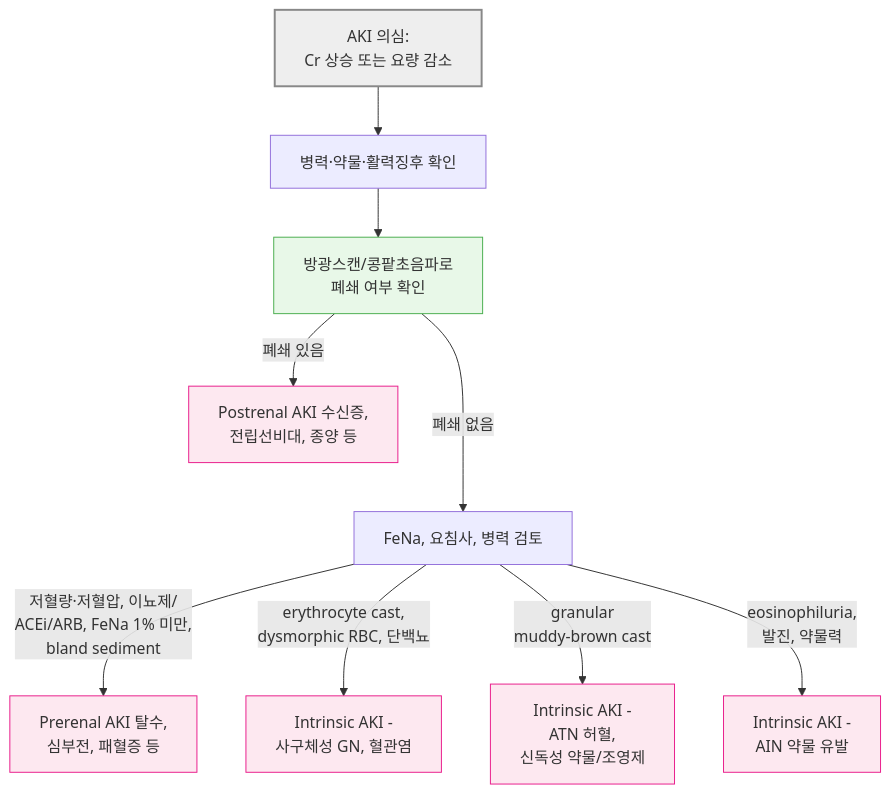
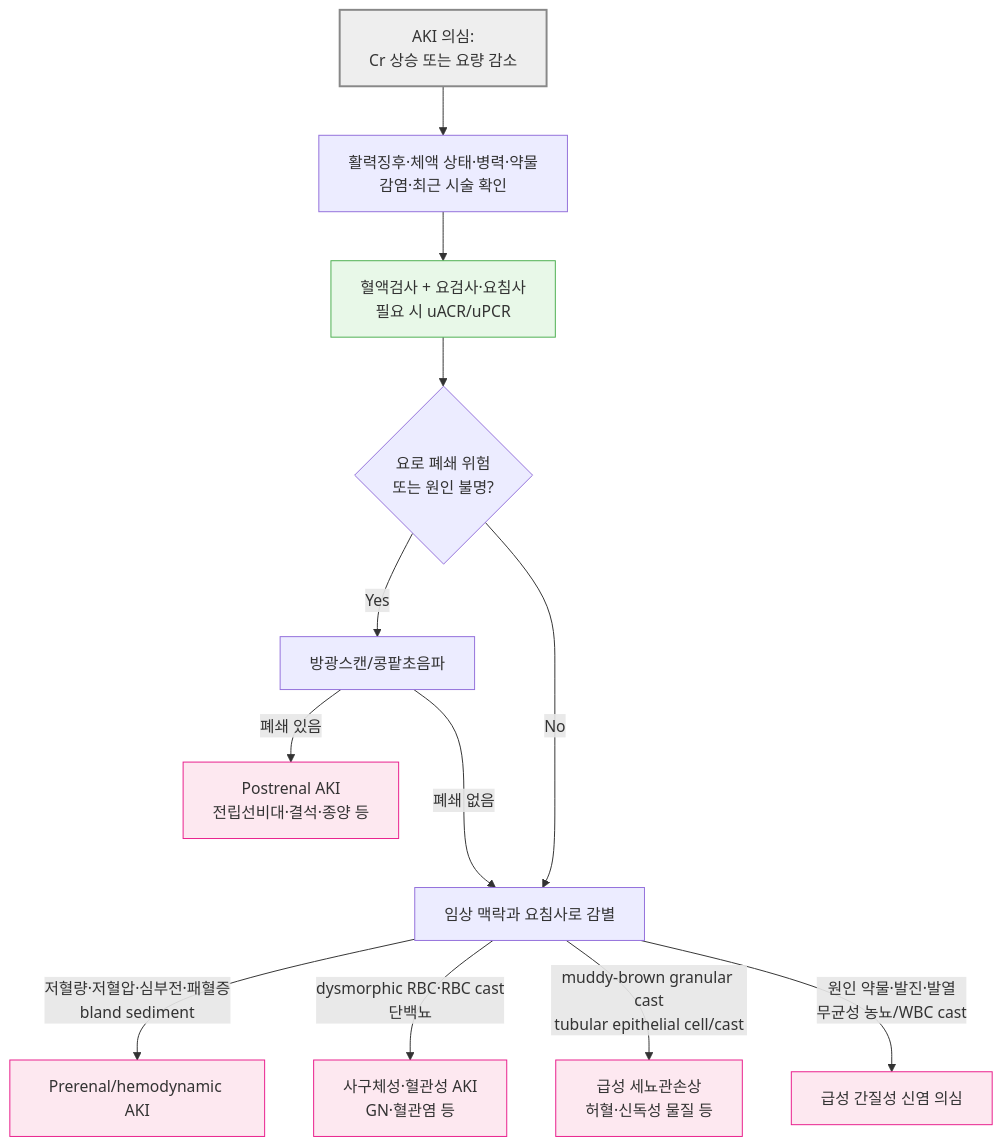
One commit to familyoh77/familyoh77 changed the diagram in 227_/109_-kidneydz.md. Above: the diagram before and after it, drawn with Mermaid. The commit also changed other lines of this file and 7 other files, not shown here.

````diff
--- a/227_/109_-kidneydz.md
+++ b/227_/109_-kidneydz.md
@@ -70,17 +77,20 @@
 ```mermaid
 graph TD
-    Start[AKI 의심: <br/>Cr 상승 또는 요량 감소] --> A[병력·약물·활력징후 확인]
-    A --> B[방광스캔/콩팥초음파로<br/> 폐쇄 여부 확인]
-    B -->|폐쇄 있음| Post[Postrenal AKI 수신증, <br/>전립선비대, 종양 등]
-    B --->|폐쇄 없음| C[FeNa, 요침사, 병력 검토]
-    C -->|저혈량·저혈압, 이뇨제/<br/>ACEi/ARB, FeNa 1% 미만, <br/>bland sediment| Pre[Prerenal AKI 탈수, <br/>심부전, 패혈증 등]
-    C -->|erythrocyte cast, <br/>dysmorphic RBC, 단백뇨| Int1[Intrinsic AKI - <br/>사구체성 GN, 혈관염]
-    C -->|granular <br/>muddy-brown cast| Int2[Intrinsic AKI - <br/>ATN 허혈, <br/>신독성 약물/조영제]
-    C -->|eosinophiluria, <br/>발진, 약물력| Int3[Intrinsic AKI - <br/>AIN 약물 유발]
+    Start[AKI 의심:<br/>Cr 상승 또는 요량 감소] --> A[활력징후·체액 상태·병력·약물<br/>감염·최근 시술 확인]
+    A --> B[혈액검사 + 요검사·요침사<br/>필요 시 uACR/uPCR]
+    B --> C{요로 폐쇄 위험<br/>또는 원인 불명?}
+    C -->|Yes| D[방광스캔/콩팥초음파]
+    D -->|폐쇄 있음| Post[Postrenal AKI<br/>전립선비대·결석·종양 등]
+    C --->|No| E[임상 맥락과 요침사로 감별]
+    D --->|폐쇄 없음| E
+    E -->|저혈량·저혈압·심부전·패혈증<br/>bland sediment| Pre[Prerenal/hemodynamic AKI]
+    E -->|dysmorphic RBC·RBC cast<br/>단백뇨| Int1[사구체성·혈관성 AKI<br/>GN·혈관염 등]
+    E -->|muddy-brown granular cast<br/>tubular epithelial cell/cast| Int2[급성 세뇨관손상<br/>허혈·신독성 물질 등]
+    E -->|원인 약물·발진·발열<br/>무균성 농뇨/WBC cast| Int3[급성 간질성 신염 의심]
 
 
 style Start fill:#eeeeee,stroke:#888888,stroke-width:2px
 style B fill:#e8f8e8,stroke:#4caf50
 classDef pink fill:#fde8f0,stroke:#e91e8c
 class Post,Pre,Int1,Int2,Int3 pink
 ```
````
